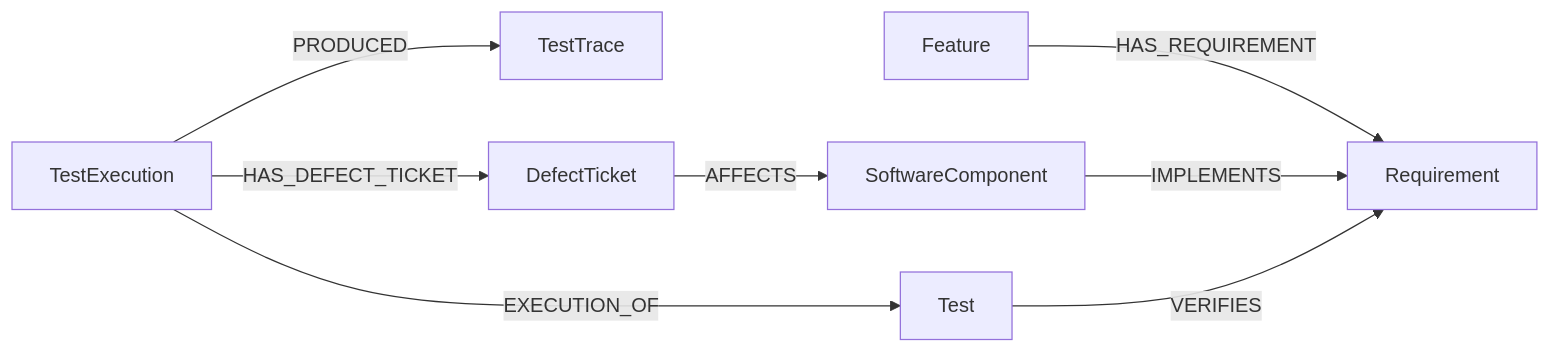
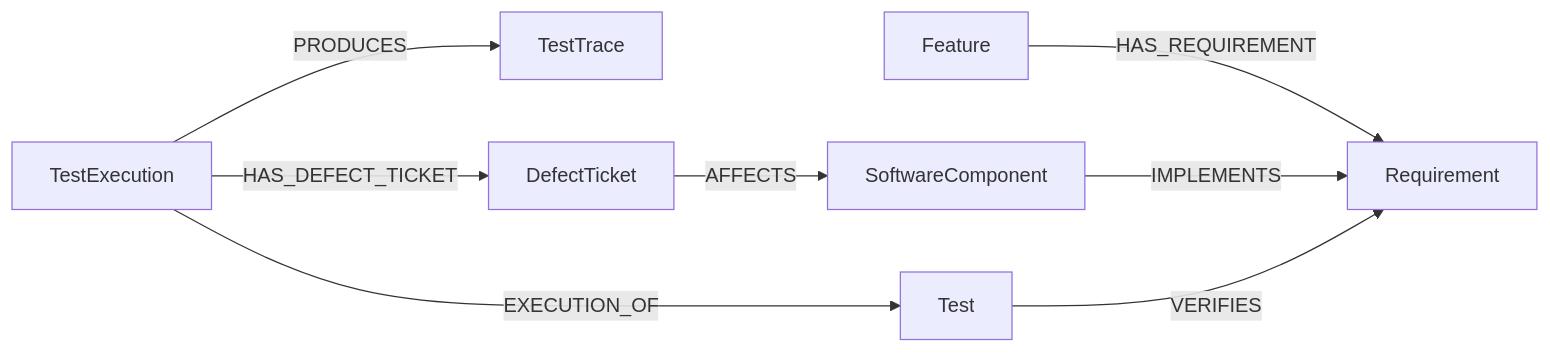
Before and after one commit to davidcristian11/bluetooth-reconnection-kg-poc: the diagram in diagrams/ontology-v1.md, drawn with Mermaid. The commit also changed other lines of this file and 16 other files, not shown here.

````diff
--- a/diagrams/ontology-v1.md
+++ b/diagrams/ontology-v1.md
@@ -3,18 +3,18 @@
 ```mermaid
 flowchart LR
     Feature[Feature]
     Requirement[Requirement]
     SoftwareComponent[SoftwareComponent]
     Test[Test]
     TestExecution[TestExecution]
     TestTrace[TestTrace]
     DefectTicket[DefectTicket]
 
     Feature -->|HAS_REQUIREMENT| Requirement
     SoftwareComponent -->|IMPLEMENTS| Requirement
     Test -->|VERIFIES| Requirement
     TestExecution -->|EXECUTION_OF| Test
-    TestExecution -->|PRODUCED| TestTrace
+    TestExecution -->|PRODUCES| TestTrace
     TestExecution -->|HAS_DEFECT_TICKET| DefectTicket
     DefectTicket -->|AFFECTS| SoftwareComponent
 ```
````
